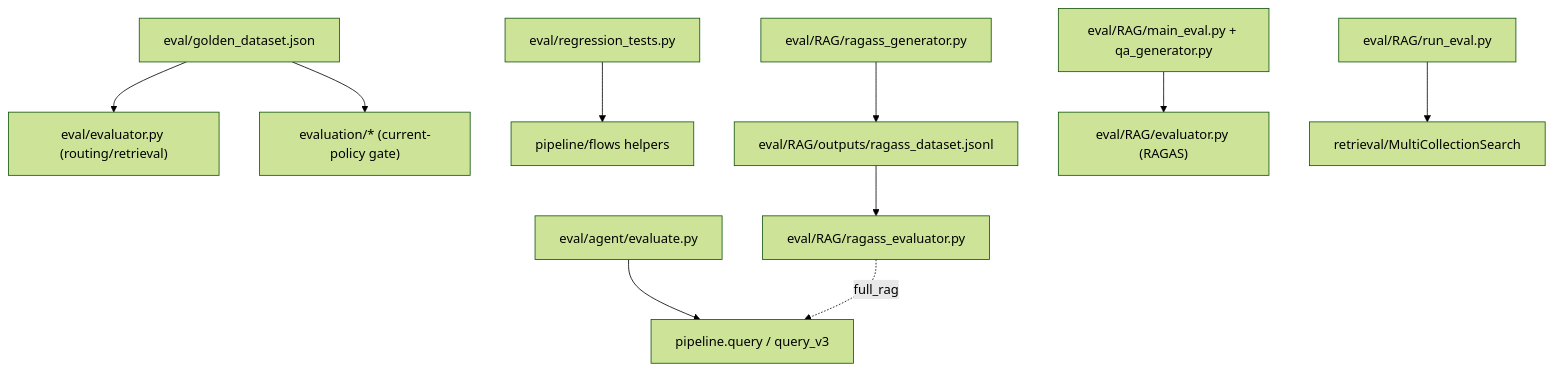
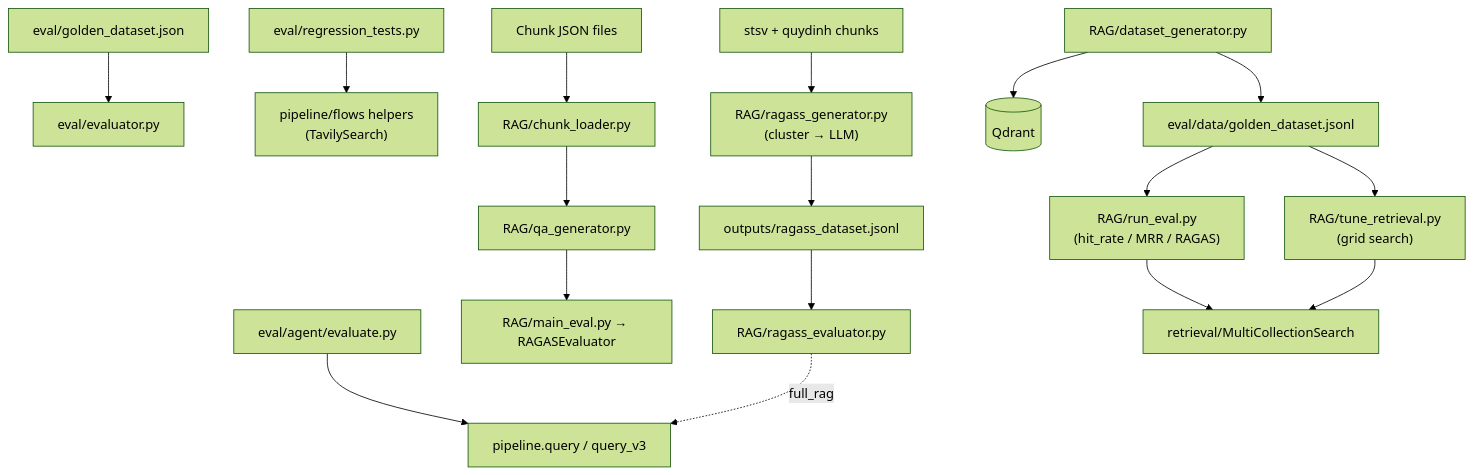
The diagram in src/RAG_v2/eval/MODULE.md (hoainam183/GR), drawn with Mermaid (forest theme) before and after one commit. The commit also changed other lines of this file and 38 other files, not shown here.

````diff
--- a/src/RAG_v2/eval/MODULE.md
+++ b/src/RAG_v2/eval/MODULE.md
@@ -83,12 +531,19 @@
 ```mermaid
 flowchart TD
-  Golden["eval/golden_dataset.json"] --> LegacyEval["eval/evaluator.py (routing/retrieval)"]
-  Golden --> EvalModule["evaluation/* (current-policy gate)"]
-  Regression["eval/regression_tests.py"] --> Flows["pipeline/flows helpers"]
+  Golden["eval/golden_dataset.json"] --> LegacyEval["eval/evaluator.py"]
+  Regression["eval/regression_tests.py"] --> Flows["pipeline/flows helpers\n(TavilySearch)"]
   AgentEval["eval/agent/evaluate.py"] --> Pipeline["pipeline.query / query_v3"]
-  RagasGen["eval/RAG/ragass_generator.py"] --> Jsonl["eval/RAG/outputs/ragass_dataset.jsonl"]
-  Jsonl --> RagasEval["eval/RAG/ragass_evaluator.py"]
-  RagasEval -. full_rag .-> Pipeline
-  QAGen["eval/RAG/main_eval.py + qa_generator.py"] --> QAEval["eval/RAG/evaluator.py (RAGAS)"]
-  RunEval["eval/RAG/run_eval.py"] --> Search["retrieval/MultiCollectionSearch"]
+  ChunkJSON["Chunk JSON files"] --> ChunkLoader["RAG/chunk_loader.py"]
+  ChunkLoader --> QAGen["RAG/qa_generator.py"]
+  QAGen --> MainEval["RAG/main_eval.py → RAGASEvaluator"]
+  ChunkJSON2["stsv + quydinh chunks"] --> RAGASSGen["RAG/ragass_generator.py\n(cluster → LLM)"]
+  RAGASSGen --> JSONL["outputs/ragass_dataset.jsonl"]
+  JSONL --> RAGASSEval["RAG/ragass_evaluator.py"]
+  RAGASSEval -. full_rag .-> Pipeline
+  DatasetGen["RAG/dataset_generator.py"] --> Qdrant[(Qdrant)]
+  DatasetGen --> GoldenJSONL["eval/data/golden_dataset.jsonl"]
+  GoldenJSONL --> RunEval["RAG/run_eval.py\n(hit_rate / MRR / RAGAS)"]
+  GoldenJSONL --> Tuner["RAG/tune_retrieval.py\n(grid search)"]
+  RunEval --> Search["retrieval/MultiCollectionSearch"]
+  Tuner --> Search
 ```
````
